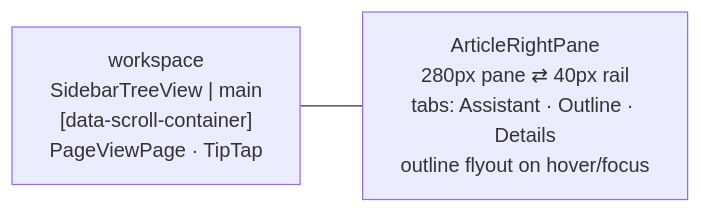
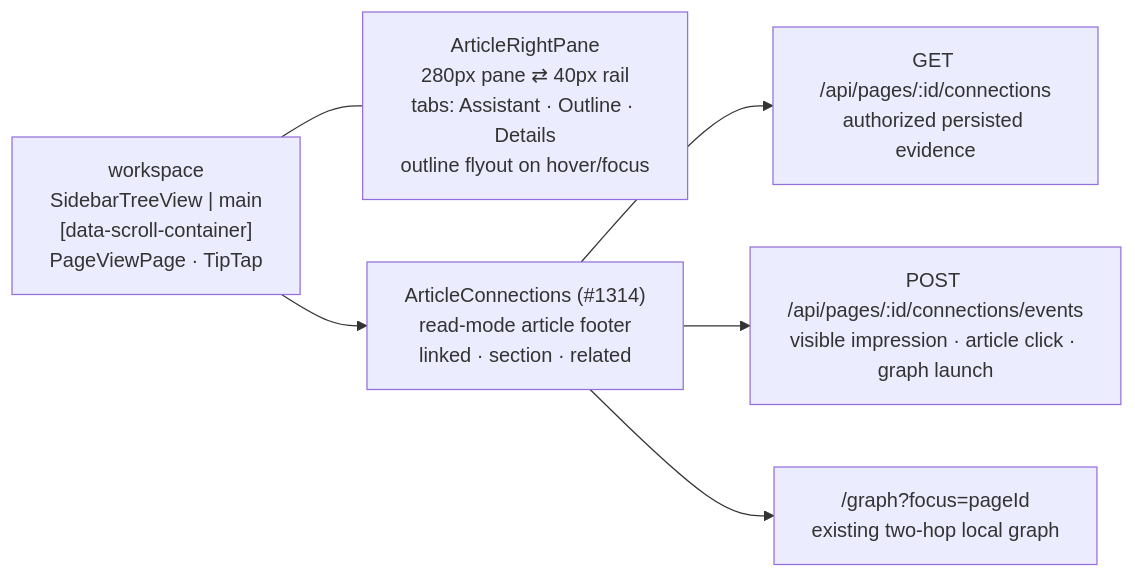
Before and after one commit to Compendiq/compendiq-ce: the third of 8 diagrams in docs/architecture/04-frontend-structure.md, drawn with Mermaid. The commit also changed other lines of this file and 12 other files, not shown here.

Commit message:
fix(connections): complete truthful article lifecycle and verification

````diff
--- a/docs/architecture/04-frontend-structure.md
+++ b/docs/architecture/04-frontend-structure.md
@@ -99,7 +99,11 @@
 ```mermaid
 flowchart LR
     workspace["workspace<br/>SidebarTreeView | main<br/>[data-scroll-container]<br/>PageViewPage · TipTap"]
     rail["ArticleRightPane<br/>280px pane ⇄ 40px rail<br/>tabs: Assistant · Outline · Details<br/>outline flyout on hover/focus"]
 
     workspace --- rail
+    workspace --> connections["ArticleConnections (#1314)<br/>read-mode article footer<br/>linked · section · related"]
+    connections --> connectionAPI["GET /api/pages/:id/connections<br/>authorized persisted evidence"]
+    connections --> connectionEvents["POST /api/pages/:id/connections/events<br/>visible impression · article click · graph launch"]
+    connections --> focusedGraph["/graph?focus=pageId<br/>existing two-hop local graph"]
 ```
````
